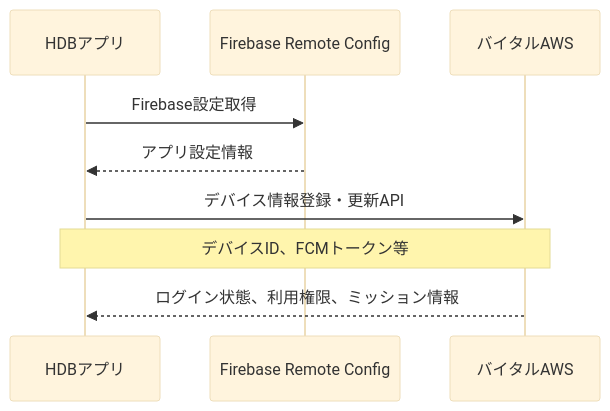
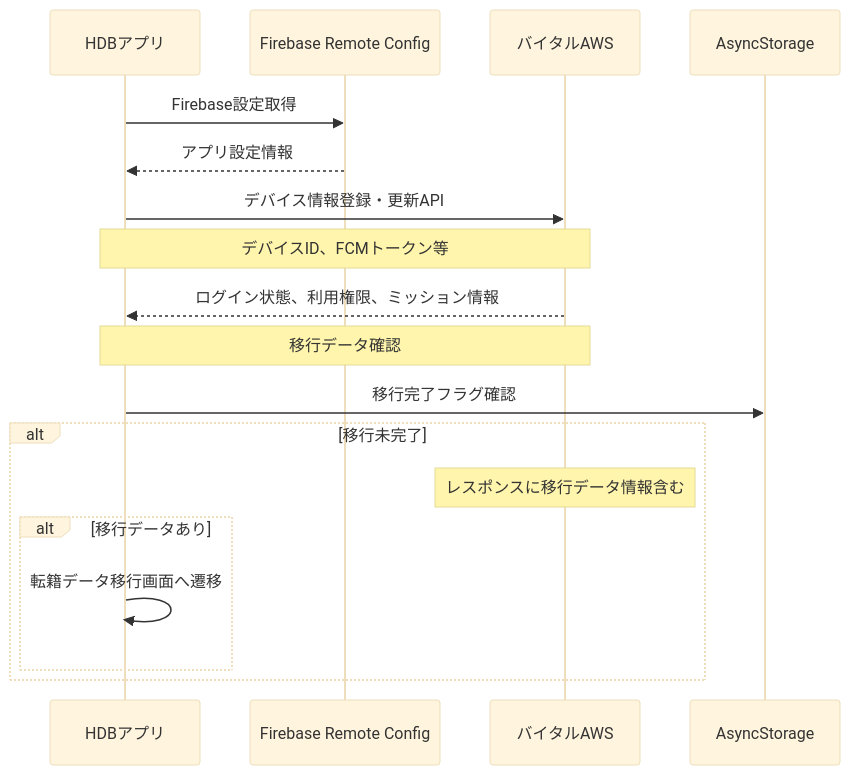
One commit to sasaibu/hdb changed the first of 13 diagrams in doc/QA/画面別API通信図.md. Above: the diagram before and after it, drawn with Mermaid (base theme). The commit also changed other lines of this file, not shown here.

````diff
--- a/doc/QA/画面別API通信図.md
+++ b/doc/QA/画面別API通信図.md
@@ -15,12 +15,22 @@
 ```mermaid
 sequenceDiagram
     participant App as HDBアプリ
     participant Firebase as Firebase Remote Config
     participant AWS as バイタルAWS
+    participant Storage as AsyncStorage
     
     App->>Firebase: Firebase設定取得
     Firebase-->>App: アプリ設定情報
     App->>AWS: デバイス情報登録・更新API
     Note over App,AWS: デバイスID、FCMトークン等
     AWS-->>App: ログイン状態、利用権限、ミッション情報
+    
+    Note over App,AWS: 移行データ確認
+    App->>Storage: 移行完了フラグ確認
+    alt 移行未完了
+        Note over AWS: レスポンスに移行データ情報含む
+        alt 移行データあり
+            App->>App: 転籍データ移行画面へ遷移
+        end
+    end
 ```
````
